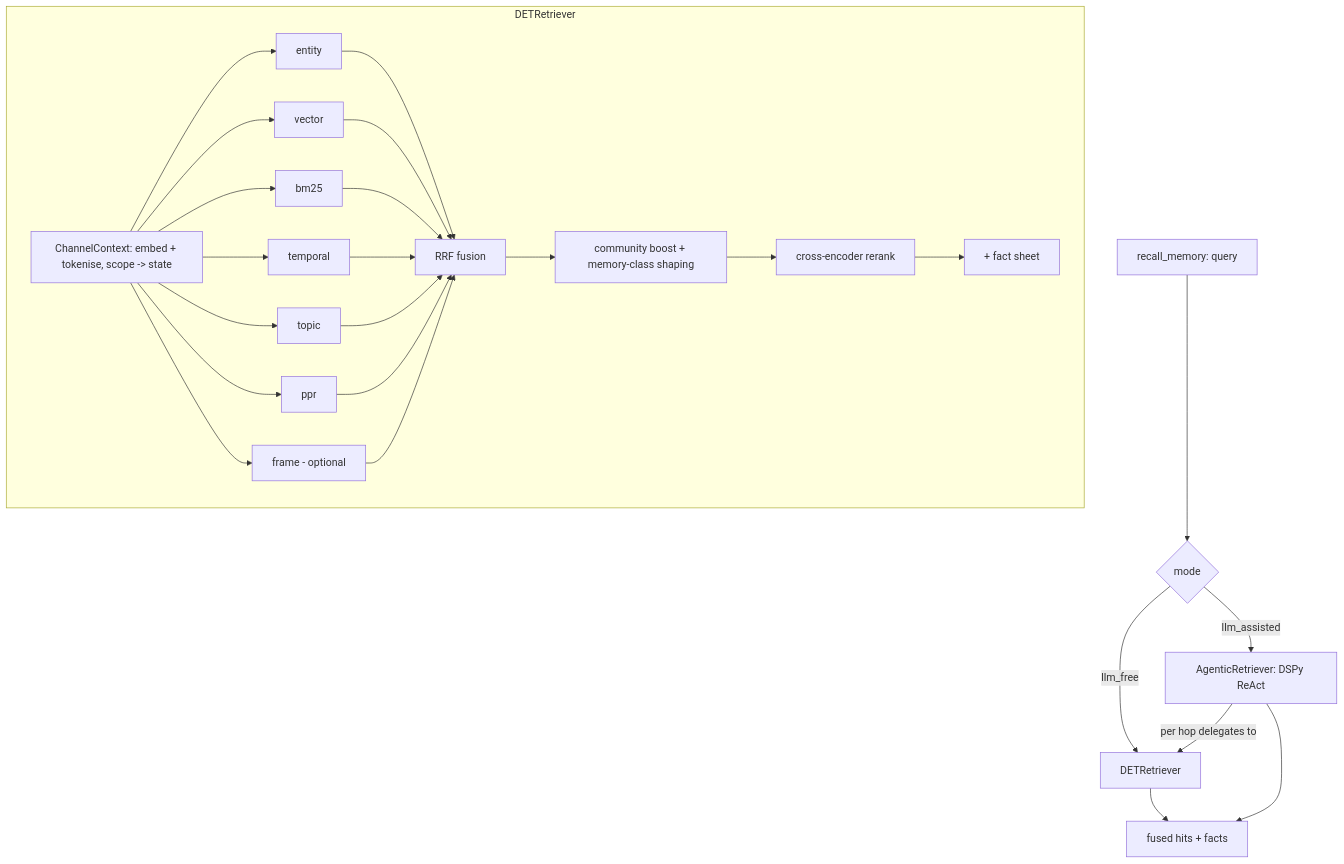
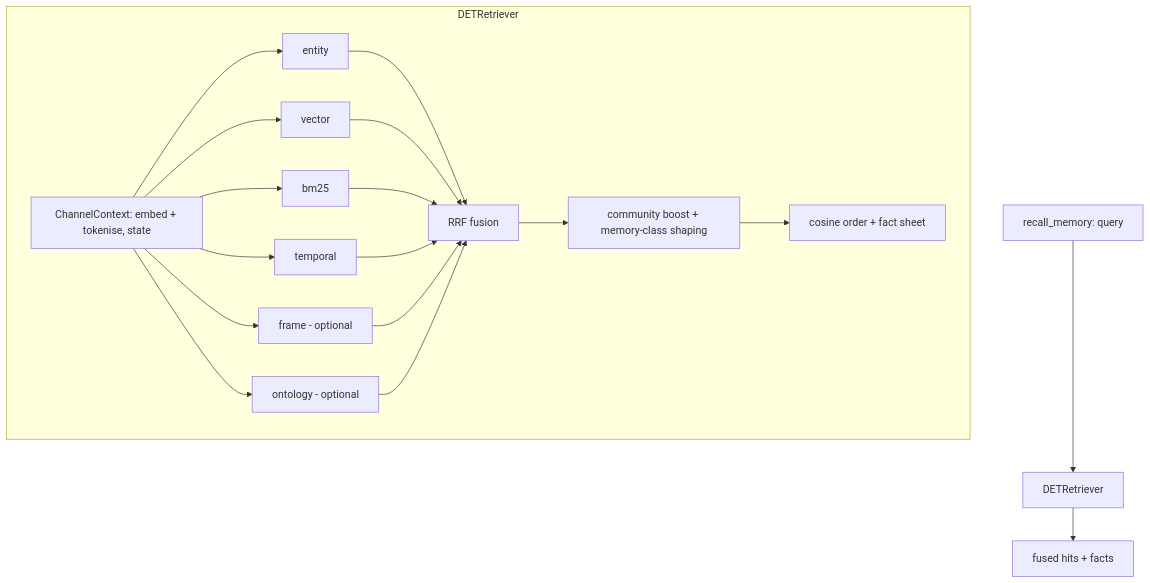
The second of 2 diagrams in docs/architecture.md (tamasmakos/graphknows), drawn with Mermaid before and after one commit. The commit also changed other lines of this file and 109 other files, not shown here.

````diff
--- a/docs/architecture.md
+++ b/docs/architecture.md
@@ -307,25 +294,19 @@
 ```mermaid
 flowchart TD
-    Q[recall_memory: query] --> R{mode}
-    R -- llm_free --> DET[DETRetriever]
-    R -- llm_assisted --> AG[AgenticRetriever: DSPy ReAct]
+    Q[recall_memory: query] --> DET[DETRetriever]
 
     subgraph DETRetriever
-        CTX[ChannelContext: embed + tokenise, scope -> state]
+        CTX[ChannelContext: embed + tokenise, state]
         CTX --> C1[entity]
         CTX --> C2[vector]
         CTX --> C3[bm25]
         CTX --> C4[temporal]
-        CTX --> C5[topic]
-        CTX --> C6[ppr]
-        CTX --> C7[frame - optional]
-        C1 & C2 & C3 & C4 & C5 & C6 & C7 --> RRF[RRF fusion]
+        CTX --> C5[frame - optional]
+        CTX --> C6[ontology - optional]
+        C1 & C2 & C3 & C4 & C5 & C6 --> RRF[RRF fusion]
         RRF --> SHAPE[community boost + memory-class shaping]
-        SHAPE --> CE[cross-encoder rerank]
-        CE --> FS[+ fact sheet]
+        SHAPE --> FS[cosine order + fact sheet]
     end
 
-    AG -->|per hop delegates to| DET
     DET --> OUT[fused hits + facts]
-    AG --> OUT
 ```
````
